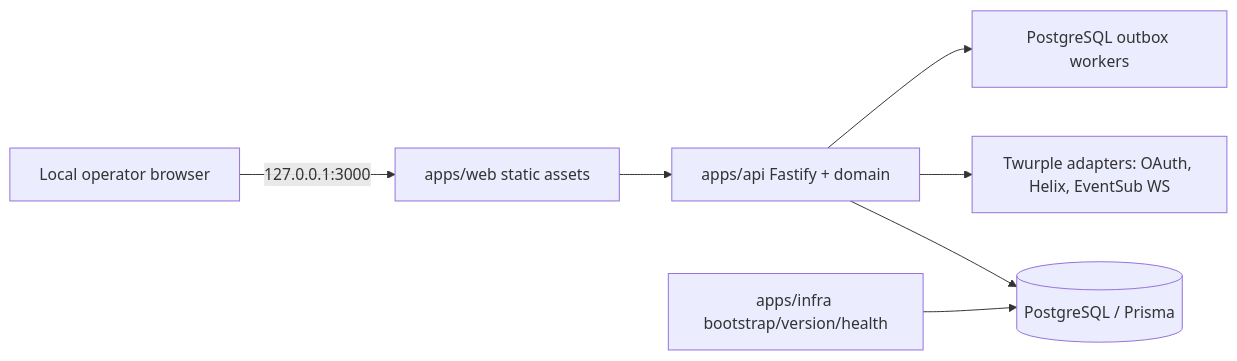
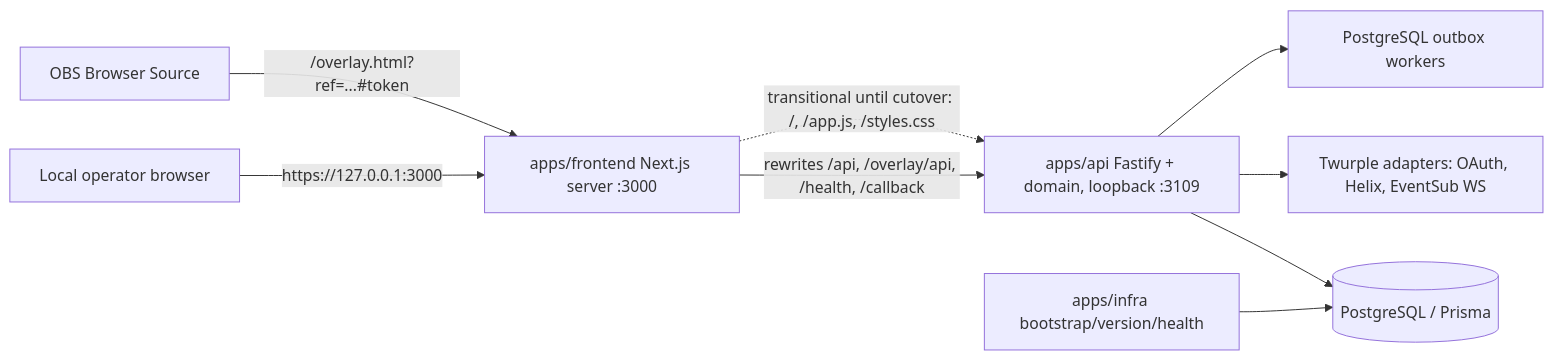
One commit to gustavo8000br/subarushogun_gi_twich_bot changed the diagram in docs/fullstack-architecture.md. Above: the diagram before and after it, drawn with Mermaid. The commit also changed other lines of this file and 131 other files, not shown here.

First line of the commit message:
feat(ops-15): move shared panel modules to apps/shared and advance Next parity

````diff
--- a/docs/fullstack-architecture.md
+++ b/docs/fullstack-architecture.md
@@ -11,9 +11,11 @@
 ```mermaid
 flowchart LR
-  Browser[Local operator browser] -->|127.0.0.1:3000| Web[apps/web static assets]
-  Web --> API[apps/api Fastify + domain]
+  Browser[Local operator browser] -->|https://127.0.0.1:3000| Next[apps/frontend Next.js server :3000]
+  OBS[OBS Browser Source] -->|/overlay.html?ref=...#token| Next
+  Next -->|rewrites /api, /overlay/api, /health, /callback| API[apps/api Fastify + domain, loopback :3109]
+  Next -.->|transitional until cutover: /, /app.js, /styles.css| API
   API --> DB[(PostgreSQL / Prisma)]
   API --> Twitch[Twurple adapters: OAuth, Helix, EventSub WS]
   API --> Outbox[PostgreSQL outbox workers]
   Infra[apps/infra bootstrap/version/health] --> DB
 ```
````
